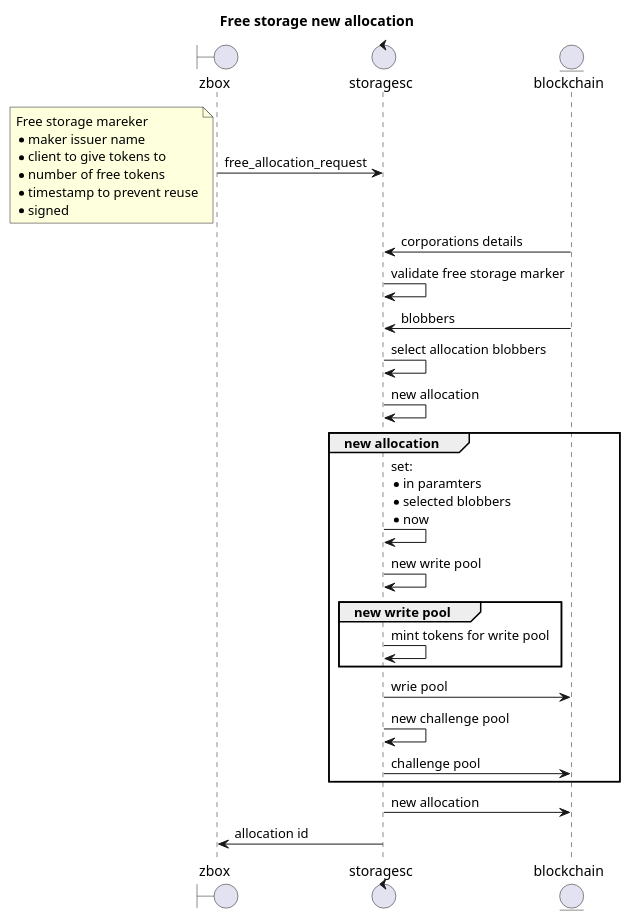
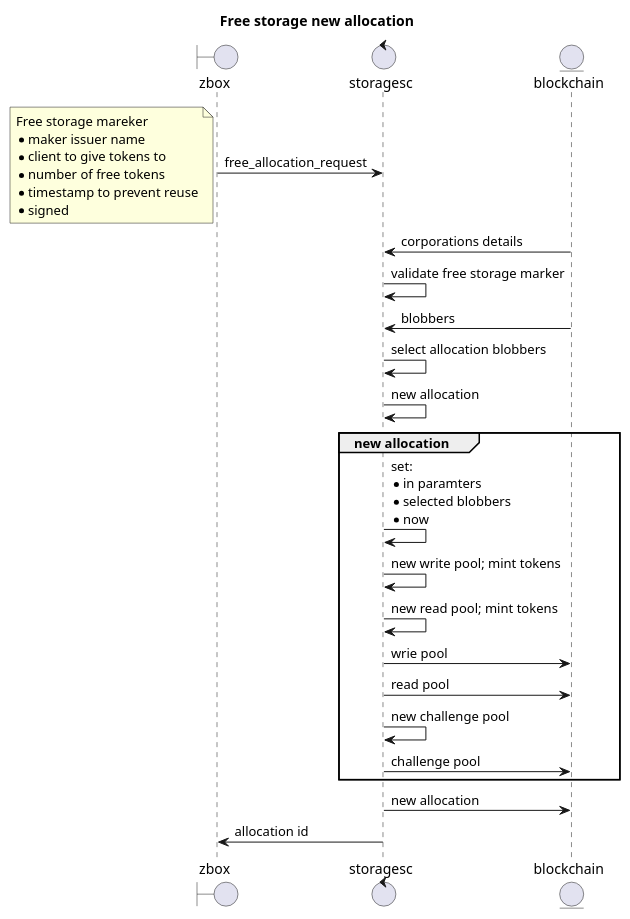
Diagram 22 of 32 in documents/uml.md (0chain/zboxcli), drawn with PlantUML before and after one commit. The commit also changed other lines of this file and 1 other file, not shown here.

````diff
--- a/documents/uml.md
+++ b/documents/uml.md
@@ -503,32 +502,31 @@
  ```puml
 title Free storage new allocation
 boundary zbox
 control storagesc
 entity blockchain
 zbox ->storagesc: free_allocation_request
 note left
     Free storage mareker
     * maker issuer name
     * client to give tokens to
     * number of free tokens     
     * timestamp to prevent reuse
     * signed
 end note       
    storagesc<- blockchain : corporations details
    storagesc->storagesc: validate free storage marker
-    blockchain ->storagesc: blobbers
+   blockchain ->storagesc: blobbers
    storagesc->storagesc: select allocation blobbers
    storagesc->storagesc: new allocation
-    group new allocation
+   group new allocation
        storagesc->storagesc: set:\n* in paramters\n* selected blobbers\n* now
-       storagesc->storagesc: new write pool
-        group new write pool
-           storagesc->storagesc: mint tokens for write pool
-        end 
+       storagesc->storagesc: new write pool; mint tokens
+       storagesc->storagesc: new read pool; mint tokens
        storagesc-> blockchain : wrie pool
+       storagesc-> blockchain : read pool
        storagesc->storagesc: new challenge pool    
        storagesc-> blockchain : challenge pool    
-    end
+   end
    storagesc-> blockchain : new allocation
 storagesc -> zbox : allocation id 
 ```
````
